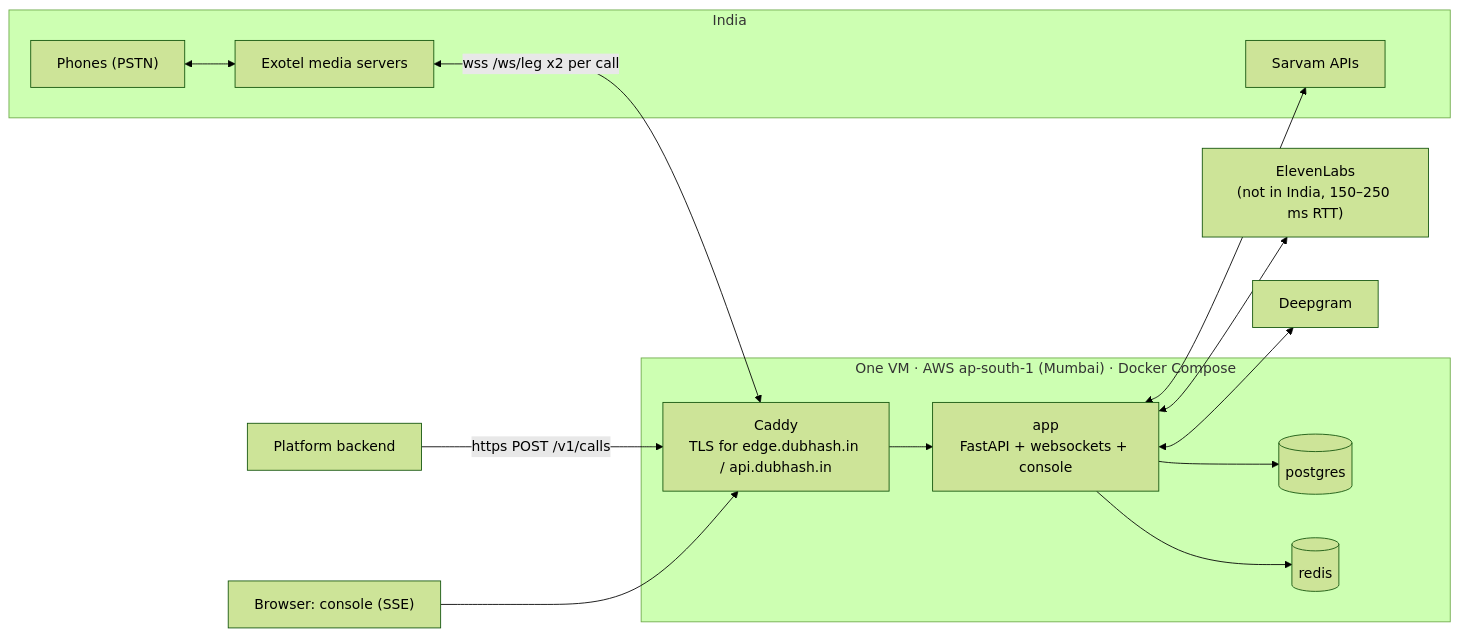
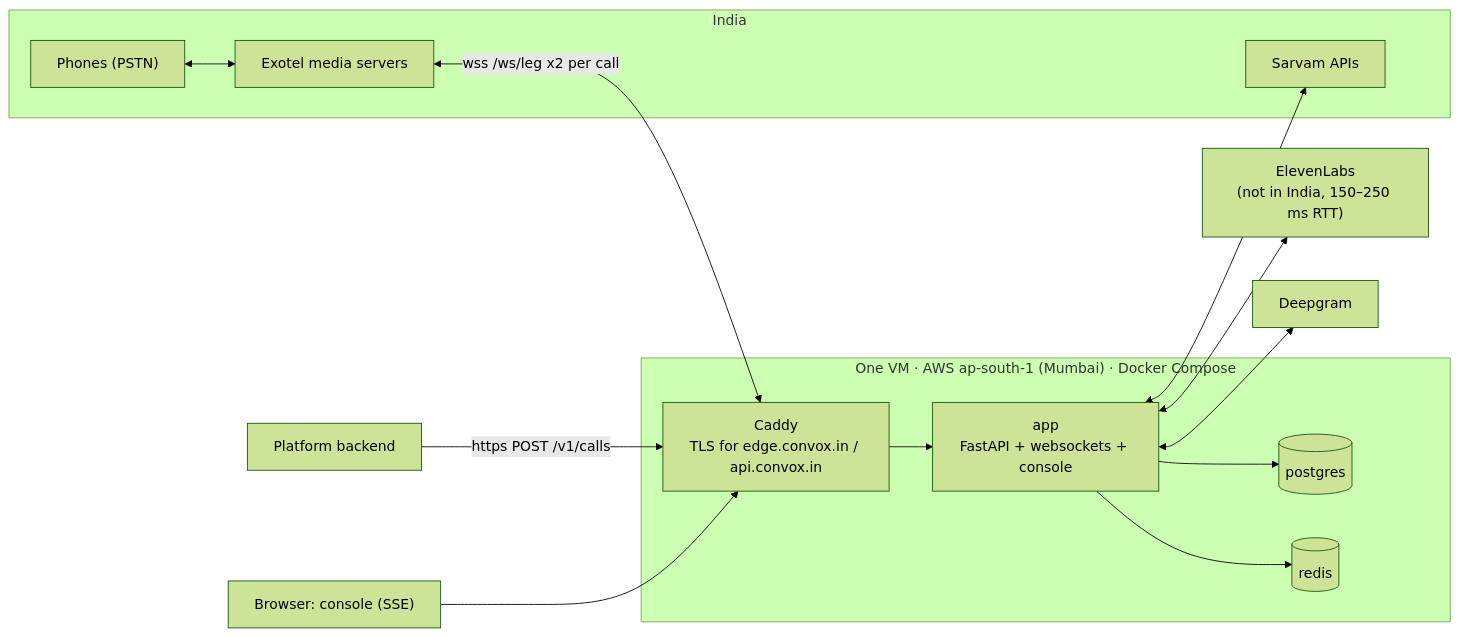
The sixth of 6 diagrams in docs/architecture/system-overview.md (rohansx/convox), drawn with Mermaid (forest theme) before and after one commit. The commit also changed other lines of this file and 401 other files, not shown here.

````diff
--- a/docs/architecture/system-overview.md
+++ b/docs/architecture/system-overview.md
@@ -262,25 +262,25 @@
 ```mermaid
 flowchart LR
   subgraph IN[India]
     EXO["Exotel media servers"]
     SAR["Sarvam APIs"]
     PH["Phones (PSTN)"]
   end
   EL["ElevenLabs<br/>(not in India, 150–250 ms RTT)"]
   DG["Deepgram"]
   subgraph VM["One VM · AWS ap-south-1 (Mumbai) · Docker Compose"]
-    CADDY["Caddy<br/>TLS for edge.dubhash.in / api.dubhash.in"]
+    CADDY["Caddy<br/>TLS for edge.convox.in / api.convox.in"]
     APPC["app<br/>FastAPI + websockets + console"]
     PGC[("postgres")]
     RDC[("redis")]
   end
   PH <--> EXO
   EXO <-- "wss /ws/leg x2 per call" --> CADDY
   PLAT["Platform backend"] -- "https POST /v1/calls" --> CADDY
   OPS["Browser: console (SSE)"] --> CADDY
   CADDY --> APPC
   APPC --> PGC & RDC
   APPC <--> SAR
   APPC <--> EL
   APPC <--> DG
 ```
````
